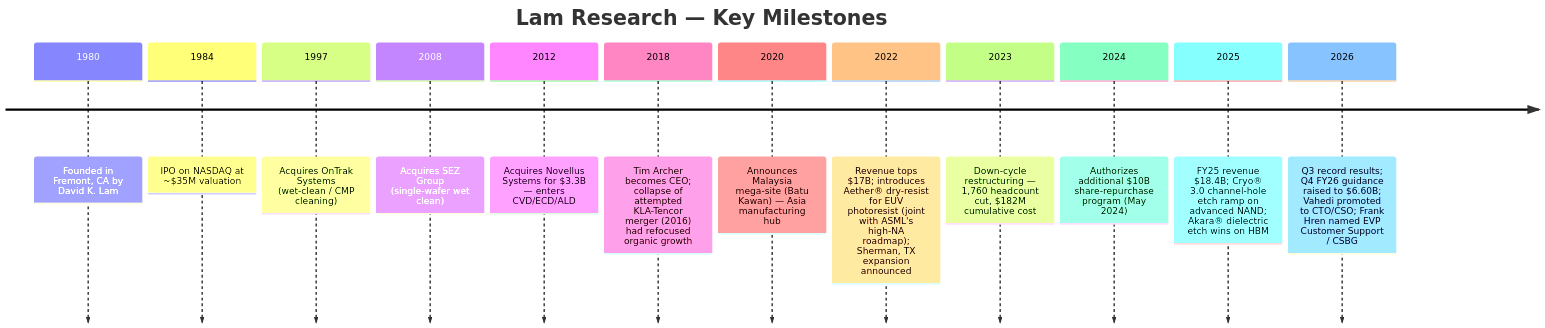
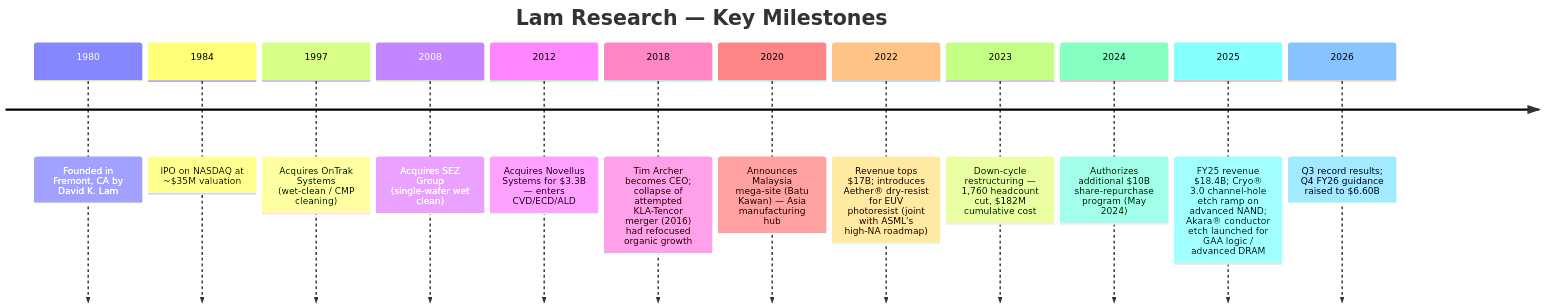
Before and after one commit to dadachundan/financial_agent: the first of 4 diagrams in reports/company/LamResearch_NASDAQ_LRCX/LamResearch_NASDAQ_LRCX_Research_Document.md, drawn with Mermaid. The commit also changed other lines of this file, not shown here.

````diff
--- a/reports/company/LamResearch_NASDAQ_LRCX/LamResearch_NASDAQ_LRCX_Research_Document.md
+++ b/reports/company/LamResearch_NASDAQ_LRCX/LamResearch_NASDAQ_LRCX_Research_Document.md
@@ -66,16 +66,16 @@
 ```mermaid
 timeline
     title Lam Research — Key Milestones
     1980 : Founded in Fremont, CA by David K. Lam
     1984 : IPO on NASDAQ at ~$35M valuation
     1997 : Acquires OnTrak Systems (wet-clean / CMP cleaning)
     2008 : Acquires SEZ Group (single-wafer wet clean)
     2012 : Acquires Novellus Systems for $3.3B — enters CVD/ECD/ALD
     2018 : Tim Archer becomes CEO; collapse of attempted KLA-Tencor merger (2016) had refocused organic growth
     2020 : Announces Malaysia mega-site (Batu Kawan) — Asia manufacturing hub
-    2022 : Revenue tops $17B; introduces Aether® dry-resist for EUV photoresist (joint with ASML's high-NA roadmap); Sherman, TX expansion announced
+    2022 : Revenue tops $17B; introduces Aether® dry-resist for EUV photoresist (joint with ASML's high-NA roadmap)
     2023 : Down-cycle restructuring — 1,760 headcount cut, $182M cumulative cost
     2024 : Authorizes additional $10B share-repurchase program (May 2024)
-    2025 : FY25 revenue $18.4B; Cryo® 3.0 channel-hole etch ramp on advanced NAND; Akara® dielectric etch wins on HBM
-    2026 : Q3 record results; Q4 FY26 guidance raised to $6.60B; Vahedi promoted to CTO/CSO; Frank Hren named EVP Customer Support / CSBG
+    2025 : FY25 revenue $18.4B; Cryo® 3.0 channel-hole etch ramp on advanced NAND; Akara® conductor etch launched for GAA logic / advanced DRAM
+    2026 : Q3 record results; Q4 FY26 guidance raised to $6.60B
 ```
````
